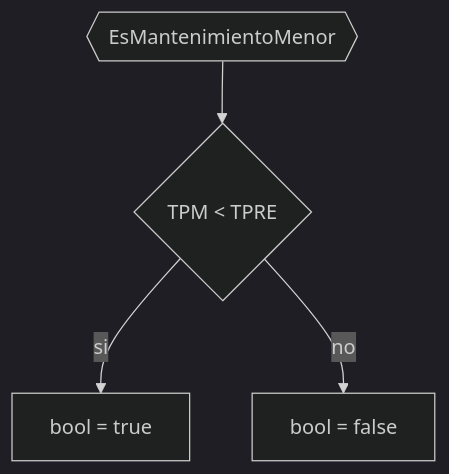
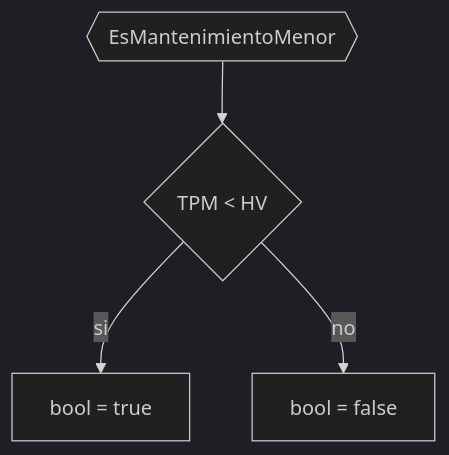
The diagram in docs/Diagramas/init/EsMantenimientoMenor.mermaid (JuanManuelPrividera/TP-Simu), drawn with Mermaid (dark theme) before and after one commit. The commit also changed 32 other files, not shown here.

```diff
--- a/docs/Diagramas/init/EsMantenimientoMenor.mermaid
+++ b/docs/Diagramas/init/EsMantenimientoMenor.mermaid
@@ -1,4 +1,4 @@
 flowchart TD
-    aa{{EsMantenimientoMenor}} --> if0{"TPM < TPRE"}
+    aa{{EsMantenimientoMenor}} --> if0{"TPM < HV"}
     if0 --> |si| a[bool = true]
     if0 --> |no| a1[bool = false]
```
